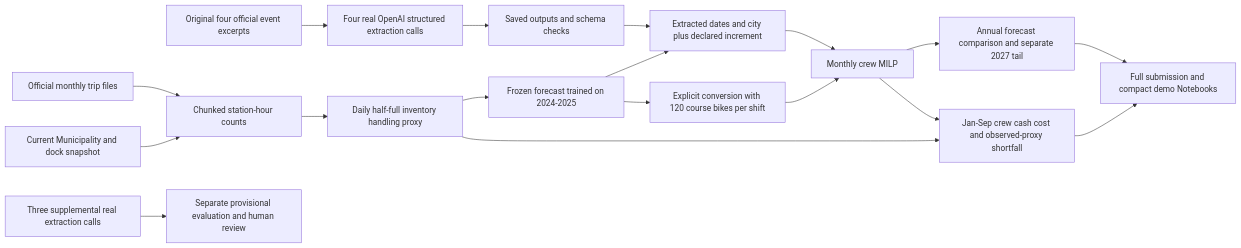
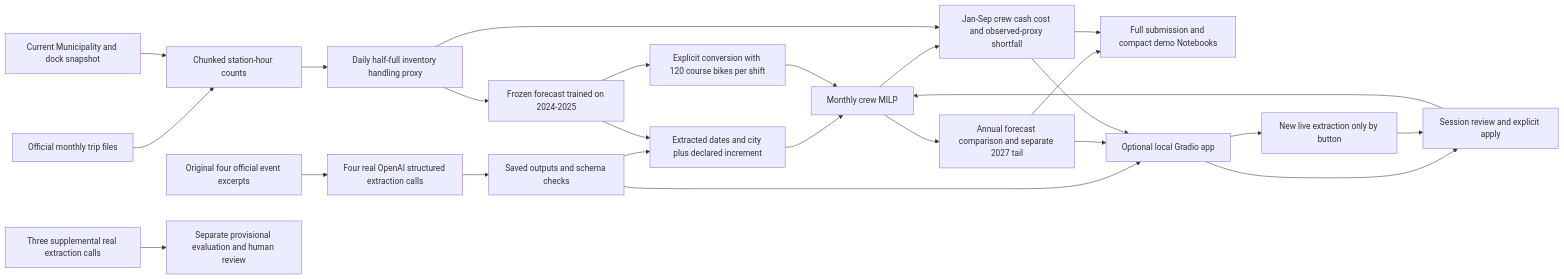
The diagram in docs/architecture.md (BitCoinJr/dads5250-bluebikes-planner), drawn with Mermaid before and after one commit. The commit also changed other lines of this file and 24 other files, not shown here.

Commit message:
Add local Gradio event review and guarded crew replanning

````diff
--- a/docs/architecture.md
+++ b/docs/architecture.md
@@ -5,20 +5,27 @@
 ```mermaid
 flowchart LR
   A[Official monthly trip files] --> B[Chunked station-hour counts]
   S[Current Municipality and dock snapshot] --> B
   B --> C[Daily half-full inventory handling proxy]
   C --> D[Frozen forecast trained on 2024-2025]
   E[Original four official event excerpts] --> F[Four real OpenAI structured extraction calls]
   F --> G[Saved outputs and schema checks]
   G --> H[Extracted dates and city plus declared increment]
   D --> H
   H --> I[Monthly crew MILP]
   D --> U[Explicit conversion with 120 course bikes per shift]
   U --> I
   I --> J[Annual forecast comparison and separate 2027 tail]
   I --> K[Jan-Sep crew cash cost and observed-proxy shortfall]
   C --> K
   J --> L[Full submission and compact demo Notebooks]
   K --> L
+  G --> R[Optional local Gradio app]
+  J --> R
+  K --> R
+  R --> V[Session review and explicit apply]
+  V --> I
+  R --> W[New live extraction only by button]
+  W --> V
   P[Three supplemental real extraction calls] --> Q[Separate provisional evaluation and human review]
 ```
````
